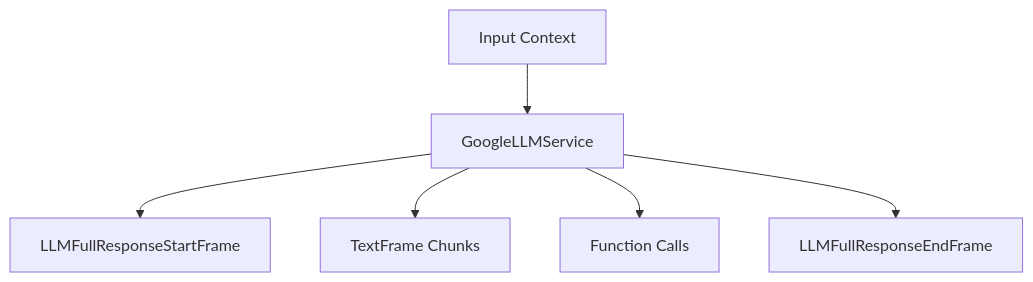
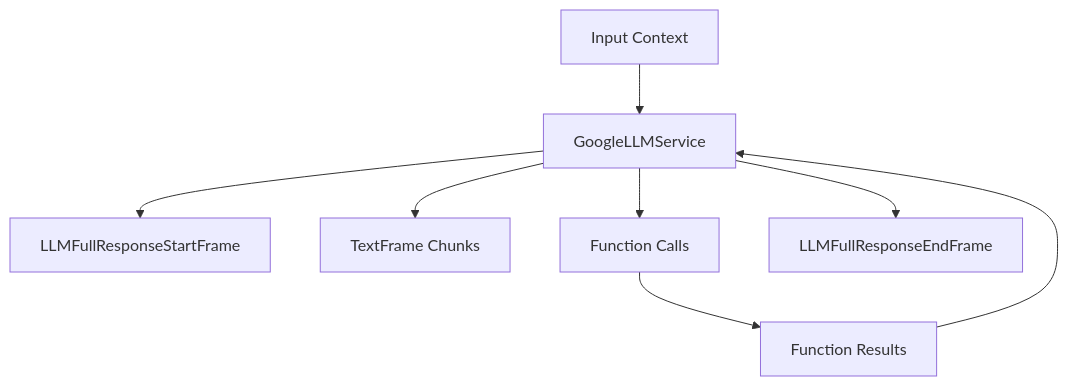
Before and after one commit to pipecat-ai/docs: the diagram in api-reference/services/llm/gemini.mdx, drawn with Mermaid. The commit also changed 25 other files, not shown here.

Commit message:
Clean up Frame Flow diagrams

````diff
--- a/api-reference/services/llm/gemini.mdx
+++ b/api-reference/services/llm/gemini.mdx
@@ -148,8 +148,10 @@
 ```mermaid
 graph TD
     A[Input Context] --> B[GoogleLLMService]
     B --> C[LLMFullResponseStartFrame]
     B --> D[TextFrame Chunks]
     B --> E[Function Calls]
     B --> F[LLMFullResponseEndFrame]
+    E --> G[Function Results]
+    G --> B
 ```
````
